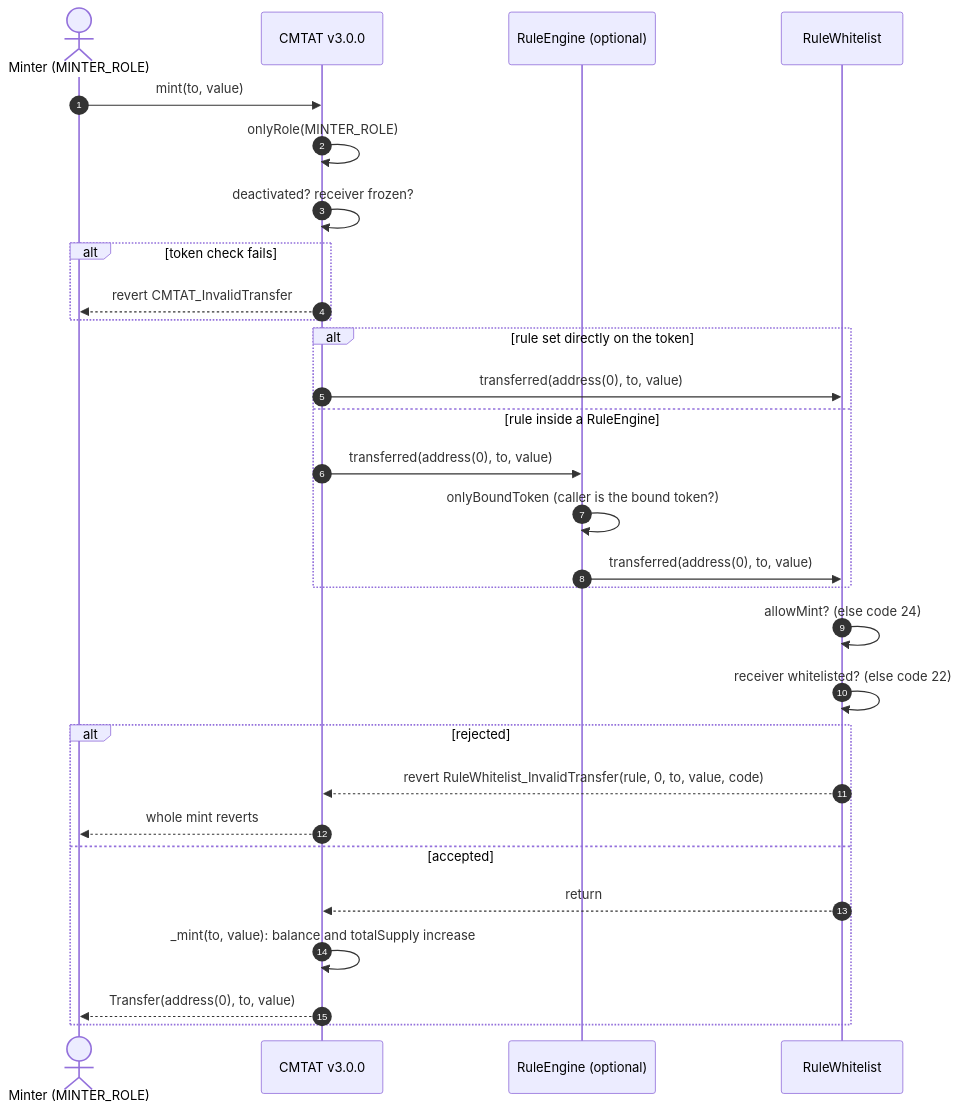
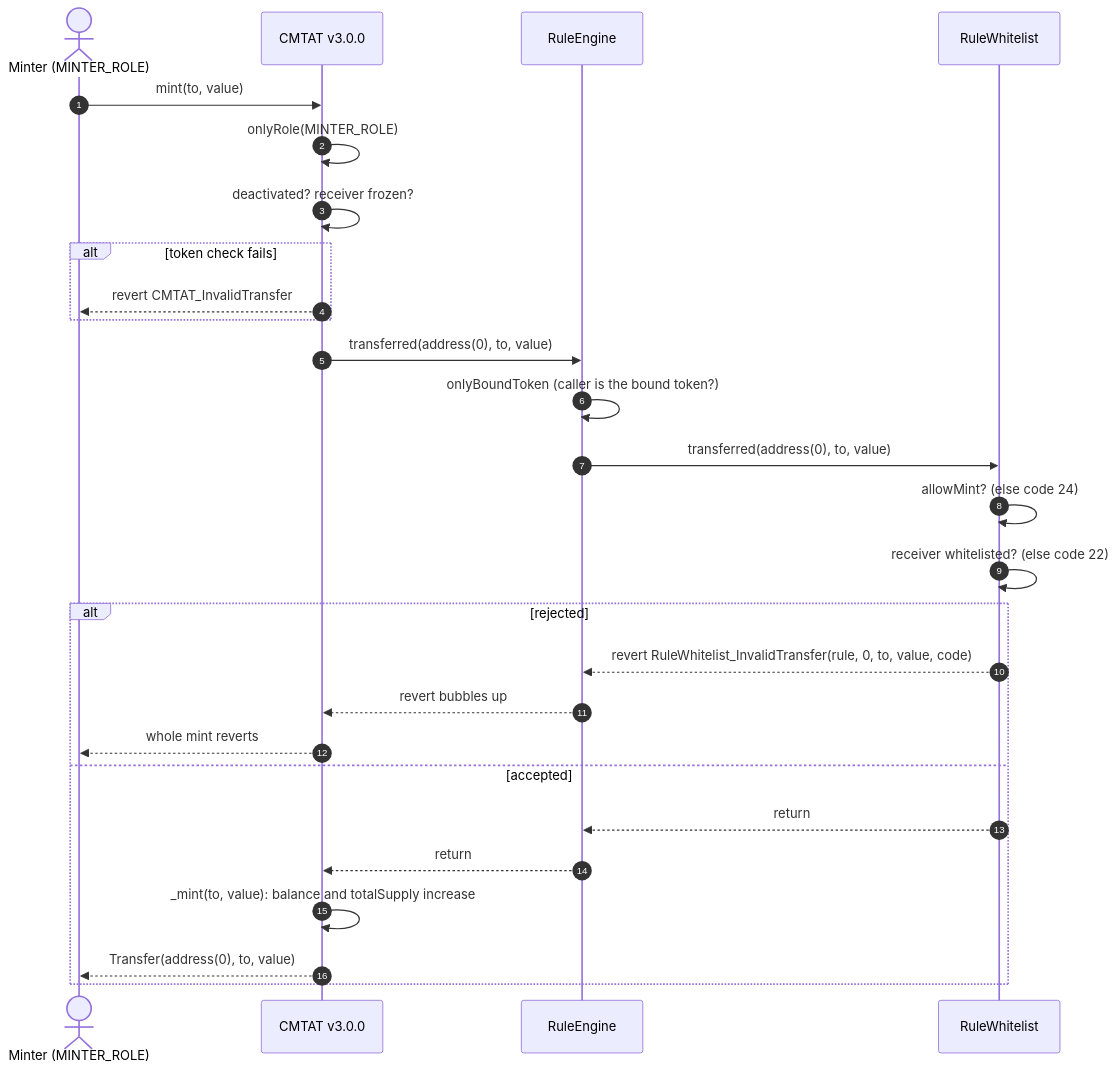
Before and after one commit to CMTA/Rules: the second of 4 diagrams in doc/technical/guides/DEPLOY_RULE_WHITELIST_CMTAT_V3.0.0.md, drawn with Mermaid. The commit also changed other lines of this file and 18 other files, not shown here.

Commit message:
docs: split the RuleWhitelist mint and transfer diagrams into rule-on-token and RuleEngine versions, and explain the Schema diagrams on each contract page

````diff
--- a/doc/technical/guides/DEPLOY_RULE_WHITELIST_CMTAT_V3.0.0.md
+++ b/doc/technical/guides/DEPLOY_RULE_WHITELIST_CMTAT_V3.0.0.md
@@ -121,32 +156,30 @@
 ```mermaid
 sequenceDiagram
     autonumber
     actor Minter as Minter (MINTER_ROLE)
     participant Token as CMTAT v3.0.0
-    participant Engine as RuleEngine (optional)
+    participant Engine as RuleEngine
     participant Rule as RuleWhitelist
 
     Minter->>Token: mint(to, value)
     Token->>Token: onlyRole(MINTER_ROLE)
     Token->>Token: deactivated? receiver frozen?
     alt token check fails
         Token-->>Minter: revert CMTAT_InvalidTransfer
     end
-    alt rule set directly on the token
-        Token->>Rule: transferred(address(0), to, value)
-    else rule inside a RuleEngine
-        Token->>Engine: transferred(address(0), to, value)
-        Engine->>Engine: onlyBoundToken (caller is the bound token?)
-        Engine->>Rule: transferred(address(0), to, value)
-    end
+    Token->>Engine: transferred(address(0), to, value)
+    Engine->>Engine: onlyBoundToken (caller is the bound token?)
+    Engine->>Rule: transferred(address(0), to, value)
     Rule->>Rule: allowMint? (else code 24)
     Rule->>Rule: receiver whitelisted? (else code 22)
     alt rejected
-        Rule-->>Token: revert RuleWhitelist_InvalidTransfer(rule, 0, to, value, code)
+        Rule-->>Engine: revert RuleWhitelist_InvalidTransfer(rule, 0, to, value, code)
+        Engine-->>Token: revert bubbles up
         Token-->>Minter: whole mint reverts
     else accepted
-        Rule-->>Token: return
+        Rule-->>Engine: return
+        Engine-->>Token: return
         Token->>Token: _mint(to, value): balance and totalSupply increase
         Token-->>Minter: Transfer(address(0), to, value)
     end
 ```
````
